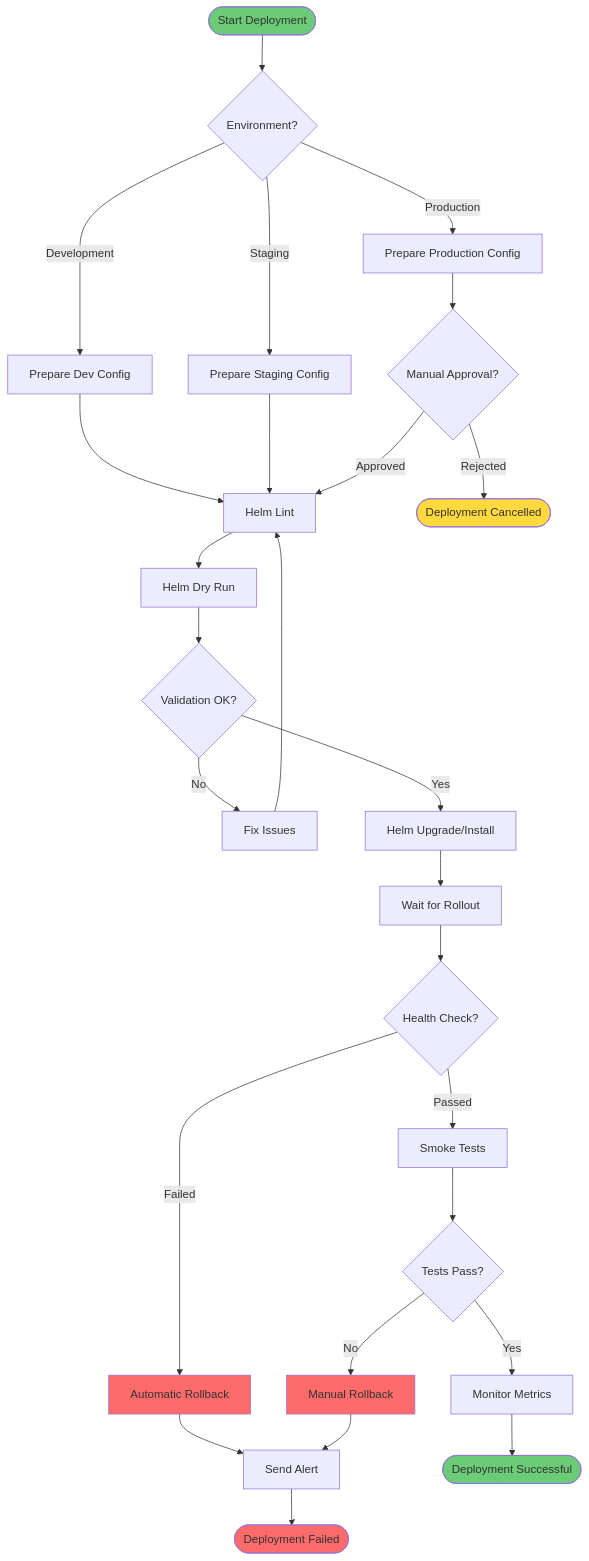
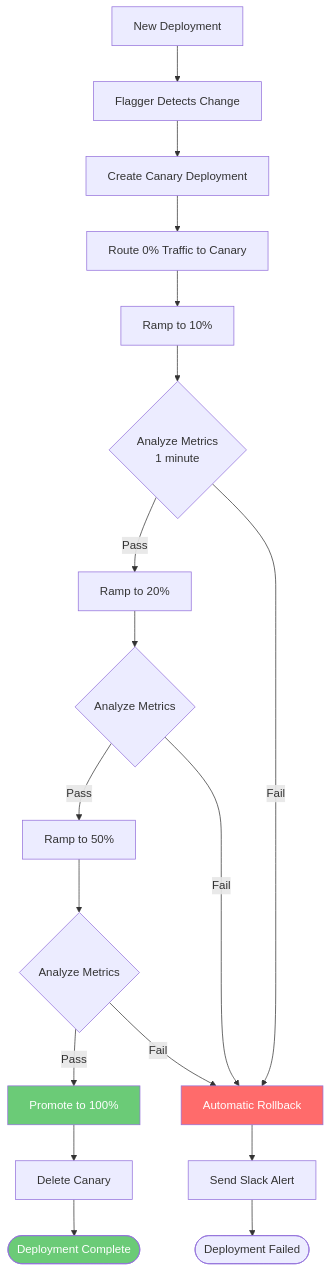
One commit to Derek-miranda/DocuThinker-AI changed the sixth of 9 diagrams in DEVOPS.md. Above: the diagram before and after it, drawn with Mermaid. The commit also changed other lines of this file and 36 other files, not shown here.

````diff
--- a/DEVOPS.md
+++ b/DEVOPS.md
@@ -304,45 +616,30 @@
 ```mermaid
-flowchart TD
-    START([Start Deployment]) --> CHECK{Environment?}
+graph TB
+    START[New Deployment] --> INIT[Flagger Detects Change]
+    INIT --> CREATE[Create Canary Deployment]
+    CREATE --> ROUTE_0[Route 0% Traffic to Canary]
 
-    CHECK -->|Development| DEV_PREP[Prepare Dev Config]
-    CHECK -->|Staging| STG_PREP[Prepare Staging Config]
-    CHECK -->|Production| PROD_PREP[Prepare Production Config]
+    ROUTE_0 --> RAMP_10[Ramp to 10%]
+    RAMP_10 --> ANALYZE_10{Analyze Metrics<br/>1 minute}
 
-    DEV_PREP --> HELM_LINT[Helm Lint]
-    STG_PREP --> HELM_LINT
-    PROD_PREP --> APPROVAL{Manual Approval?}
+    ANALYZE_10 -->|Pass| RAMP_20[Ramp to 20%]
+    ANALYZE_10 -->|Fail| ROLLBACK[Automatic Rollback]
 
-    APPROVAL -->|Approved| HELM_LINT
-    APPROVAL -->|Rejected| CANCEL([Deployment Cancelled])
+    RAMP_20 --> ANALYZE_20{Analyze Metrics}
+    ANALYZE_20 -->|Pass| RAMP_50[Ramp to 50%]
+    ANALYZE_20 -->|Fail| ROLLBACK
 
-    HELM_LINT --> DRY_RUN[Helm Dry Run]
-    DRY_RUN --> VALID{Validation OK?}
+    RAMP_50 --> ANALYZE_50{Analyze Metrics}
+    ANALYZE_50 -->|Pass| PROMOTE[Promote to 100%]
+    ANALYZE_50 -->|Fail| ROLLBACK
 
-    VALID -->|No| FIX[Fix Issues]
-    FIX --> HELM_LINT
+    PROMOTE --> CLEANUP[Delete Canary]
+    CLEANUP --> SUCCESS([Deployment Complete])
 
-    VALID -->|Yes| DEPLOY[Helm Upgrade/Install]
-    DEPLOY --> WAIT[Wait for Rollout]
+    ROLLBACK --> ALERT[Send Slack Alert]
+    ALERT --> FAIL([Deployment Failed])
 
-    WAIT --> HEALTH{Health Check?}
-    HEALTH -->|Failed| AUTO_ROLLBACK[Automatic Rollback]
-    AUTO_ROLLBACK --> ALERT[Send Alert]
-    ALERT --> END([Deployment Failed])
-
-    HEALTH -->|Passed| SMOKE[Smoke Tests]
-    SMOKE --> TEST_RESULT{Tests Pass?}
-
-    TEST_RESULT -->|No| MANUAL_ROLLBACK[Manual Rollback]
-    MANUAL_ROLLBACK --> ALERT
-
-    TEST_RESULT -->|Yes| MONITOR[Monitor Metrics]
-    MONITOR --> SUCCESS([Deployment Successful])
-
-    style START fill:#6BCB77
-    style SUCCESS fill:#6BCB77
-    style END fill:#FF6B6B
-    style CANCEL fill:#FFD93D
-    style AUTO_ROLLBACK fill:#FF6B6B
-    style MANUAL_ROLLBACK fill:#FF6B6B
+    style PROMOTE fill:#6BCB77,color:#fff
+    style ROLLBACK fill:#FF6B6B,color:#fff
+    style SUCCESS fill:#6BCB77,color:#fff
 ```
````
